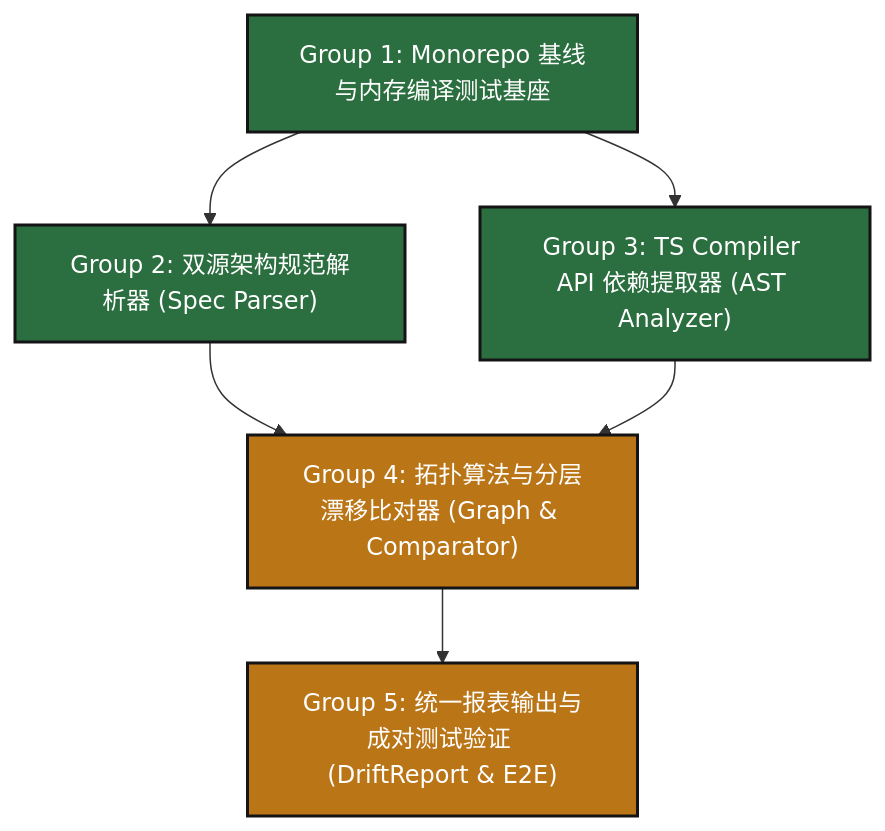
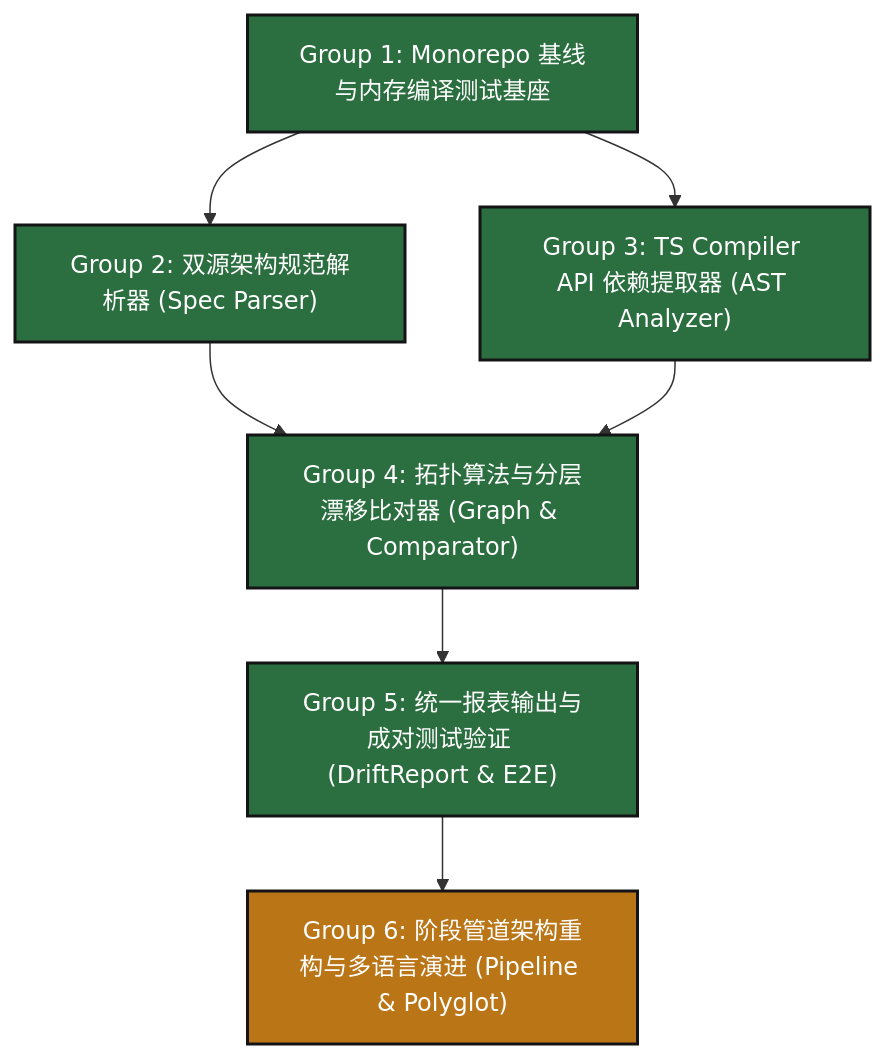
The diagram in specs/2026-09-16-phase-1-module-drift-engine/plan.md (blacktea1526/SextantDrift), drawn with Mermaid before and after one commit. The commit also changed other lines of this file and 198 other files, not shown here.

First line of the commit message:
feat: review declared business scope without changing the architecture gate

````diff
--- a/specs/2026-09-16-phase-1-module-drift-engine/plan.md
+++ b/specs/2026-09-16-phase-1-module-drift-engine/plan.md
@@ -13,14 +13,16 @@
 ```mermaid
 graph TD
     TG1["Group 1: Monorepo 基线与内存编译测试基座"] --> TG2["Group 2: 双源架构规范解析器 (Spec Parser)"]
     TG1 --> TG3["Group 3: TS Compiler API 依赖提取器 (AST Analyzer)"]
     TG2 --> TG4["Group 4: 拓扑算法与分层漂移比对器 (Graph & Comparator)"]
     TG3 --> TG4
     TG4 --> TG5["Group 5: 统一报表输出与成对测试验证 (DriftReport & E2E)"]
+    TG5 --> TG6["Group 6: 阶段管道架构重构与多语言演进 (Pipeline & Polyglot)"]
 
     style TG1 fill:#2B6E3F,stroke:#141416,stroke-width:2px,color:#FFFFFF
     style TG2 fill:#2B6E3F,stroke:#141416,stroke-width:2px,color:#FFFFFF
     style TG3 fill:#2B6E3F,stroke:#141416,stroke-width:2px,color:#FFFFFF
-    style TG4 fill:#BA7517,stroke:#141416,stroke-width:2px,color:#FFFFFF
-    style TG5 fill:#BA7517,stroke:#141416,stroke-width:2px,color:#FFFFFF
+    style TG4 fill:#2B6E3F,stroke:#141416,stroke-width:2px,color:#FFFFFF
+    style TG5 fill:#2B6E3F,stroke:#141416,stroke-width:2px,color:#FFFFFF
+    style TG6 fill:#BA7517,stroke:#141416,stroke-width:2px,color:#FFFFFF
 ```
````
